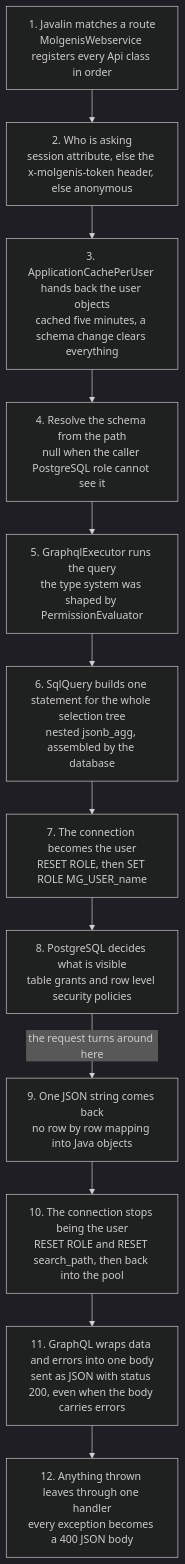
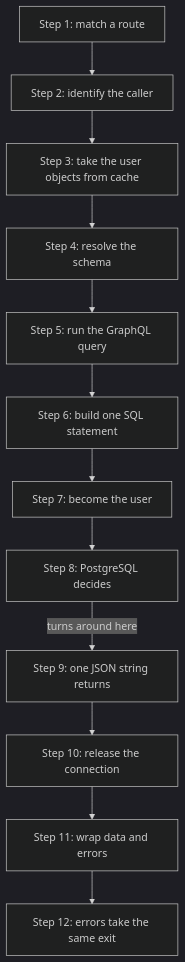
Before and after one commit to molgenis/molgenis-emx2: the third of 4 diagrams in docs/molgenis/system_overview.md, drawn with Mermaid (dark theme). The commit also changed other lines of this file, not shown here.

Commit message:
docs: fix request lifecycle diagram rendering
Mermaid parses node labels as markdown, so labels beginning with "1. ",
"2. " and so on were read as ordered list items and rendered as
"Unsupported markdown: list" in the browser. The labels now read
"Step 1: ..." instead.

The per-step detail moves out of the node labels into a table below the
diagram, since twelve nodes each carrying two sentences was unreadable
whether or not it rendered.

Verified by loading the docsify page in Chrome and screenshotting each
diagram; all four render correctly.

Claude-Session: https://claude.ai/code/session_019igszrsxcAQC4D7xP2HjF4

````diff
--- a/docs/molgenis/system_overview.md
+++ b/docs/molgenis/system_overview.md
@@ -121,19 +121,19 @@
 ```mermaid
 flowchart TB
-  s1["1. Javalin matches a route<br>MolgenisWebservice registers every Api class in order"]
-  s2["2. Who is asking<br>session attribute, else the x-molgenis-token header, else anonymous"]
-  s3["3. ApplicationCachePerUser hands back the user objects<br>cached five minutes, a schema change clears everything"]
-  s4["4. Resolve the schema from the path<br>null when the caller PostgreSQL role cannot see it"]
-  s5["5. GraphqlExecutor runs the query<br>the type system was shaped by PermissionEvaluator"]
-  s6["6. SqlQuery builds one statement for the whole selection tree<br>nested jsonb_agg, assembled by the database"]
-  s7["7. The connection becomes the user<br>RESET ROLE, then SET ROLE MG_USER_name"]
-  s8["8. PostgreSQL decides what is visible<br>table grants and row level security policies"]
-  s9["9. One JSON string comes back<br>no row by row mapping into Java objects"]
-  s10["10. The connection stops being the user<br>RESET ROLE and RESET search_path, then back into the pool"]
-  s11["11. GraphQL wraps data and errors into one body<br>sent as JSON with status 200, even when the body carries errors"]
-  s12["12. Anything thrown leaves through one handler<br>every exception becomes a 400 JSON body"]
+  s1["Step 1: match a route"]
+  s2["Step 2: identify the caller"]
+  s3["Step 3: take the user objects from cache"]
+  s4["Step 4: resolve the schema"]
+  s5["Step 5: run the GraphQL query"]
+  s6["Step 6: build one SQL statement"]
+  s7["Step 7: become the user"]
+  s8["Step 8: PostgreSQL decides"]
+  s9["Step 9: one JSON string returns"]
+  s10["Step 10: release the connection"]
+  s11["Step 11: wrap data and errors"]
+  s12["Step 12: errors take the same exit"]
 
   s1 --> s2 --> s3 --> s4 --> s5 --> s6 --> s7 --> s8
-  s8 -->|"the request turns around here"| s9
+  s8 -->|"turns around here"| s9
   s9 --> s10 --> s11 --> s12
 ```
````
